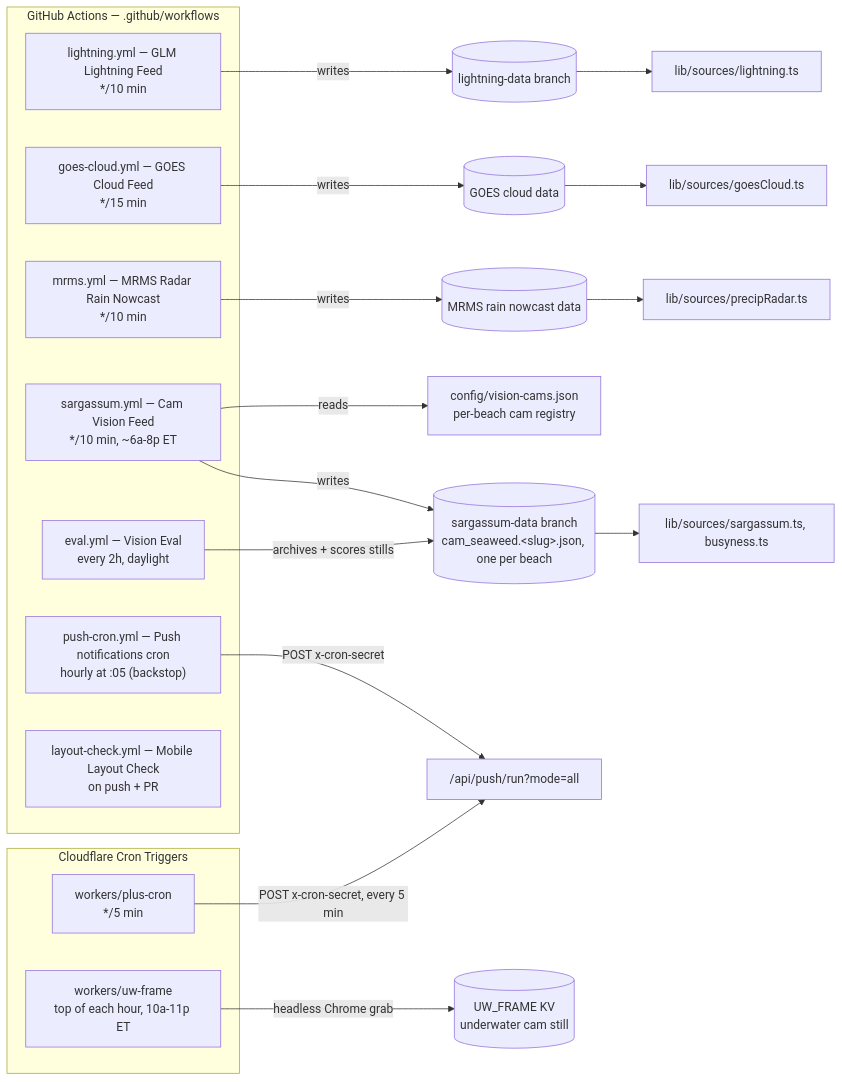
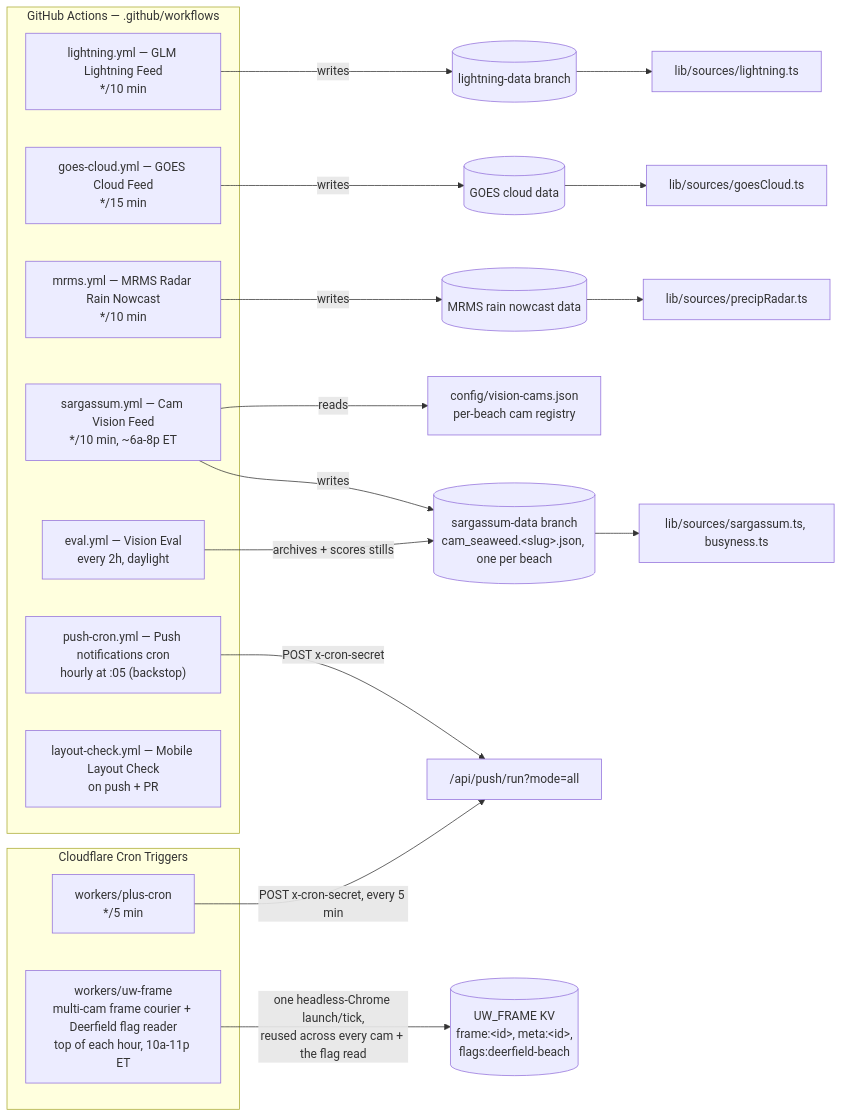
The second of 3 diagrams in docs/architecture.md (jayfrid-bot/bocabeach), drawn with Mermaid before and after one commit. The commit also changed other lines of this file and 9 other files, not shown here.

````diff
--- a/docs/architecture.md
+++ b/docs/architecture.md
@@ -57,33 +57,33 @@
 ```mermaid
 flowchart LR
   subgraph gh [GitHub Actions — .github/workflows]
     LGT["lightning.yml — GLM Lightning Feed<br/>*/10 min"]
     GOES["goes-cloud.yml — GOES Cloud Feed<br/>*/15 min"]
     MRMS["mrms.yml — MRMS Radar Rain Nowcast<br/>*/10 min"]
     SARG["sargassum.yml — Cam Vision Feed<br/>*/10 min, ~6a-8p ET"]
     EVAL["eval.yml — Vision Eval<br/>every 2h, daylight"]
     PUSHCRON["push-cron.yml — Push notifications cron<br/>hourly at :05 (backstop)"]
     LAYOUT["layout-check.yml — Mobile Layout Check<br/>on push + PR"]
   end
 
   subgraph cf [Cloudflare Cron Triggers]
     PLUSCRON["workers/plus-cron<br/>*/5 min"]
-    UWFRAME["workers/uw-frame<br/>top of each hour, 10a-11p ET"]
+    UWFRAME["workers/uw-frame<br/>multi-cam frame courier + Deerfield flag reader<br/>top of each hour, 10a-11p ET"]
   end
 
   LGT -->|writes| LDATA[(lightning-data branch)]
   SARG -->|reads| VCAMS[config/vision-cams.json<br/>per-beach cam registry]
   SARG -->|writes| SDATA[(sargassum-data branch<br/>cam_seaweed.&lt;slug&gt;.json, one per beach)]
   GOES -->|writes| GDATA[(GOES cloud data)]
   MRMS -->|writes| MDATA[(MRMS rain nowcast data)]
   EVAL -->|archives + scores stills| SDATA
 
   LDATA --> SOURCES2[lib/sources/lightning.ts]
   SDATA --> SOURCES3[lib/sources/sargassum.ts, busyness.ts]
   GDATA --> SOURCES4[lib/sources/goesCloud.ts]
   MDATA --> SOURCES5[lib/sources/precipRadar.ts]
 
   PUSHCRON -->|POST x-cron-secret| RUN["/api/push/run?mode=all"]
   PLUSCRON -->|POST x-cron-secret, every 5 min| RUN
-  UWFRAME -->|headless Chrome grab| UWKV[(UW_FRAME KV<br/>underwater cam still)]
+  UWFRAME -->|one headless-Chrome launch/tick,<br/>reused across every cam + the flag read| UWKV[(UW_FRAME KV<br/>frame:&lt;id&gt;, meta:&lt;id&gt;,<br/>flags:deerfield-beach)]
 ```
````
